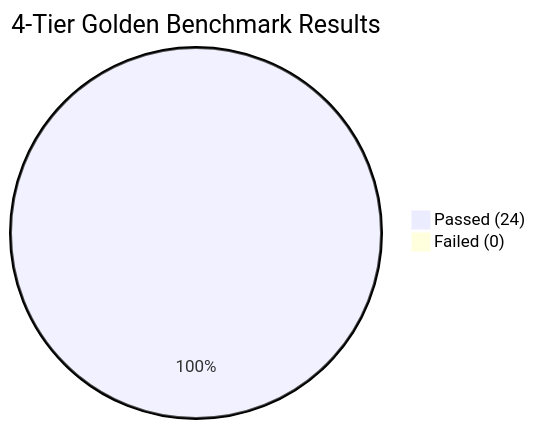
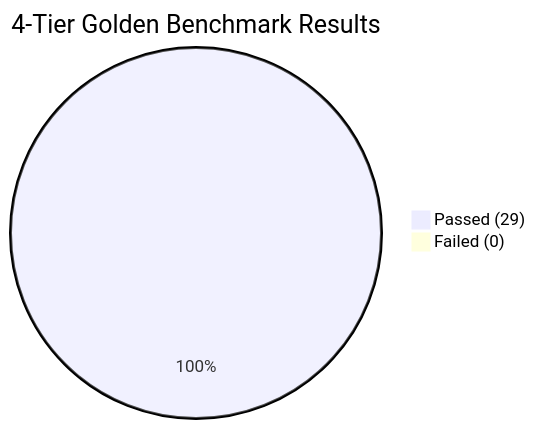
The diagram in eval/evaluation_report.md (isaac30tsai/project-elevate-2026-group5), drawn with Mermaid before and after one commit. The commit also changed other lines of this file and 16 other files, not shown here.

````diff
--- a/eval/evaluation_report.md
+++ b/eval/evaluation_report.md
@@ -22,5 +22,5 @@
 ```mermaid
 pie title 4-Tier Golden Benchmark Results
-    "Passed (24)" : 24
+    "Passed (29)" : 29
     "Failed (0)" : 0
 ```
````
